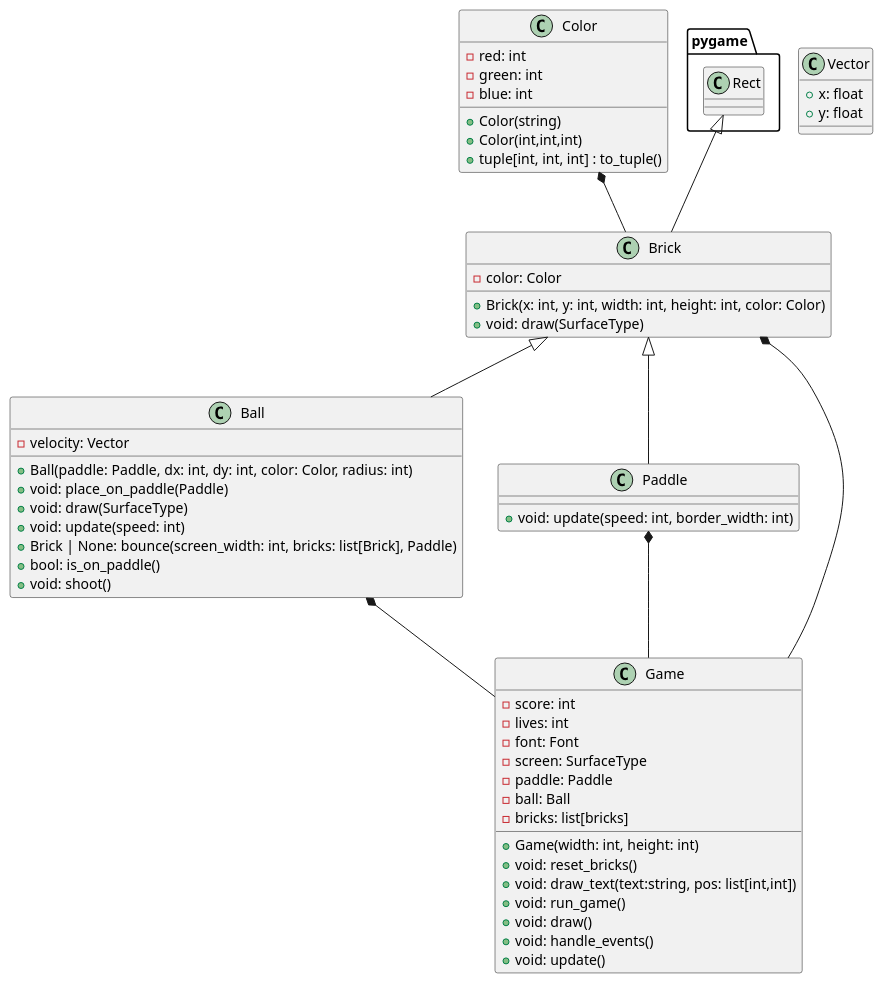
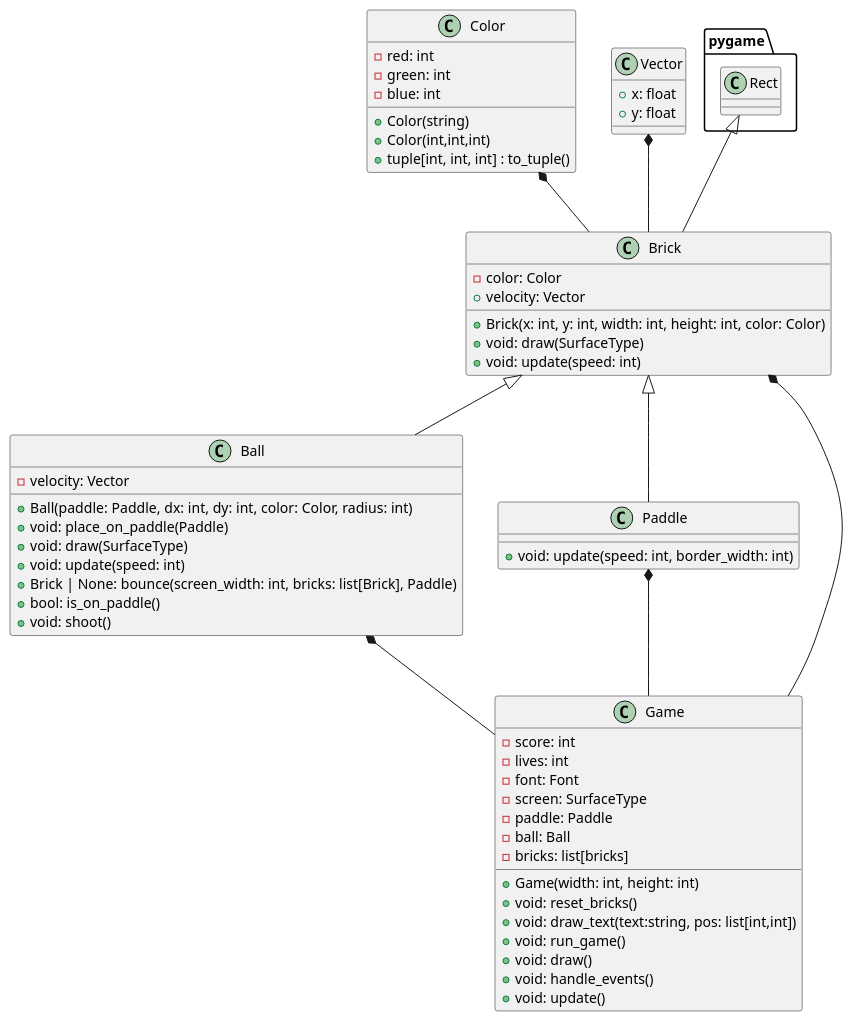
One commit to CodingChem/Breakout changed the diagram in class_diagram.puml. Above: the diagram before and after it, drawn with PlantUML. The commit also changed 1 other file, not shown here.

Commit message:
Made brick have an empty velocity for subclasses to use.

```diff
--- a/class_diagram.puml
+++ b/class_diagram.puml
@@ -1,56 +1,59 @@
 @startuml class diagram
 class Ball {
     - velocity: Vector
     + Ball(paddle: Paddle, dx: int, dy: int, color: Color, radius: int)
     + void: place_on_paddle(Paddle)
     + void: draw(SurfaceType)
     + void: update(speed: int)
     + Brick | None: bounce(screen_width: int, bricks: list[Brick], Paddle)
     + bool: is_on_paddle()
     + void: shoot()
 }
 class Brick {
     - color: Color
+    + velocity: Vector
     + Brick(x: int, y: int, width: int, height: int, color: Color)
     + void: draw(SurfaceType)
+    + void: update(speed: int)
 }
 class Paddle {
     + void: update(speed: int, border_width: int)
 }
 class Game {
     - score: int
     - lives: int
     - font: Font
     - screen: SurfaceType
     - paddle: Paddle
     - ball: Ball
     - bricks: list[bricks]
     + Game(width: int, height: int)
     + void: reset_bricks()
     + void: draw_text(text:string, pos: list[int,int])
     + void: run_game()
     + void: draw()
     + void: handle_events()
     + void: update()
 }
 class Color {
     - red: int
     - green: int
     - blue: int
     + Color(string)
     + Color(int,int,int)
     + tuple[int, int, int] : to_tuple()
 }
 class Vector {
     + x: float
     + y: float
 }
 
 pygame.Rect <|-- Brick
 Color *-- Brick
+Vector *-- Brick
 Brick <|-- Ball
 Brick <|-- Paddle
 Ball *-- Game
 Paddle *-- Game
 Brick *-- Game
 @enduml
```
